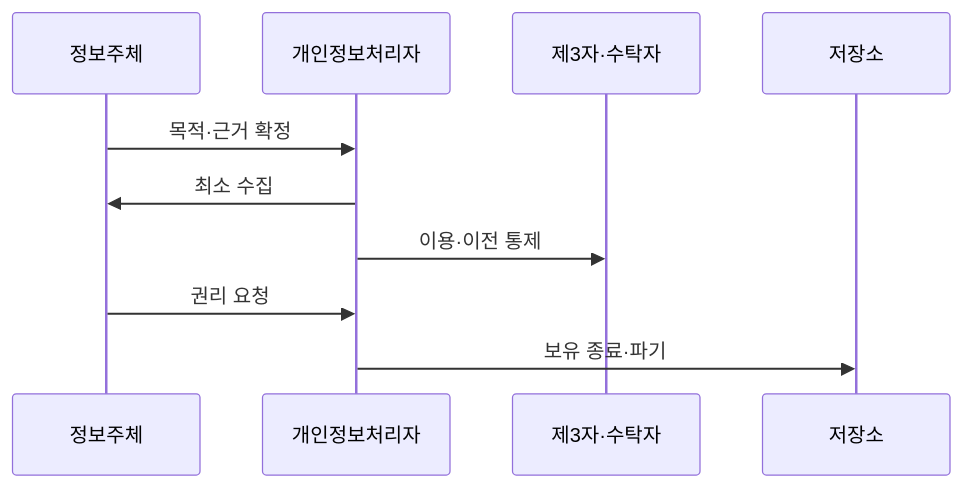
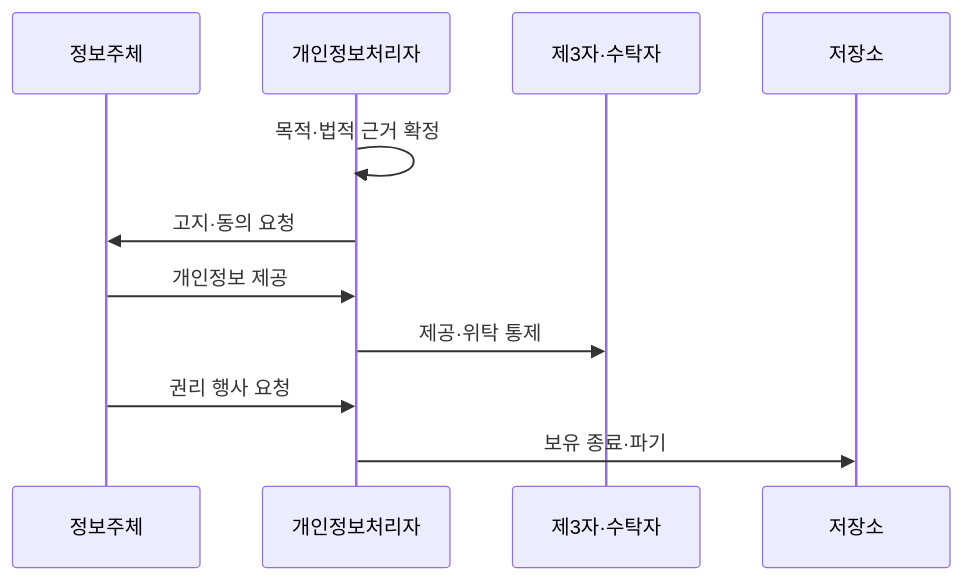
One commit to agnusdei1207/knowledge-base changed the second of 2 diagrams in src/content/docs/notes/05-security/094_personal_data_protection_act.md. Above: the diagram before and after it, drawn with Mermaid. The commit also changed other lines of this file and 7 other files, not shown here.

````diff
--- a/src/content/docs/notes/05-security/094_personal_data_protection_act.md
+++ b/src/content/docs/notes/05-security/094_personal_data_protection_act.md
@@ -83,12 +81,13 @@
 ```mermaid
 sequenceDiagram
     participant S as 정보주체
     participant C as 개인정보처리자
     participant T as 제3자·수탁자
     participant D as 저장소
-    S->>C: 목적·근거 확정
-    C->>S: 최소 수집
-    C->>T: 이용·이전 통제
-    S->>C: 권리 요청
+    C->>C: 목적·법적 근거 확정
+    C->>S: 고지·동의 요청
+    S->>C: 개인정보 제공
+    C->>T: 제공·위탁 통제
+    S->>C: 권리 행사 요청
     C->>D: 보유 종료·파기
 ```
````
